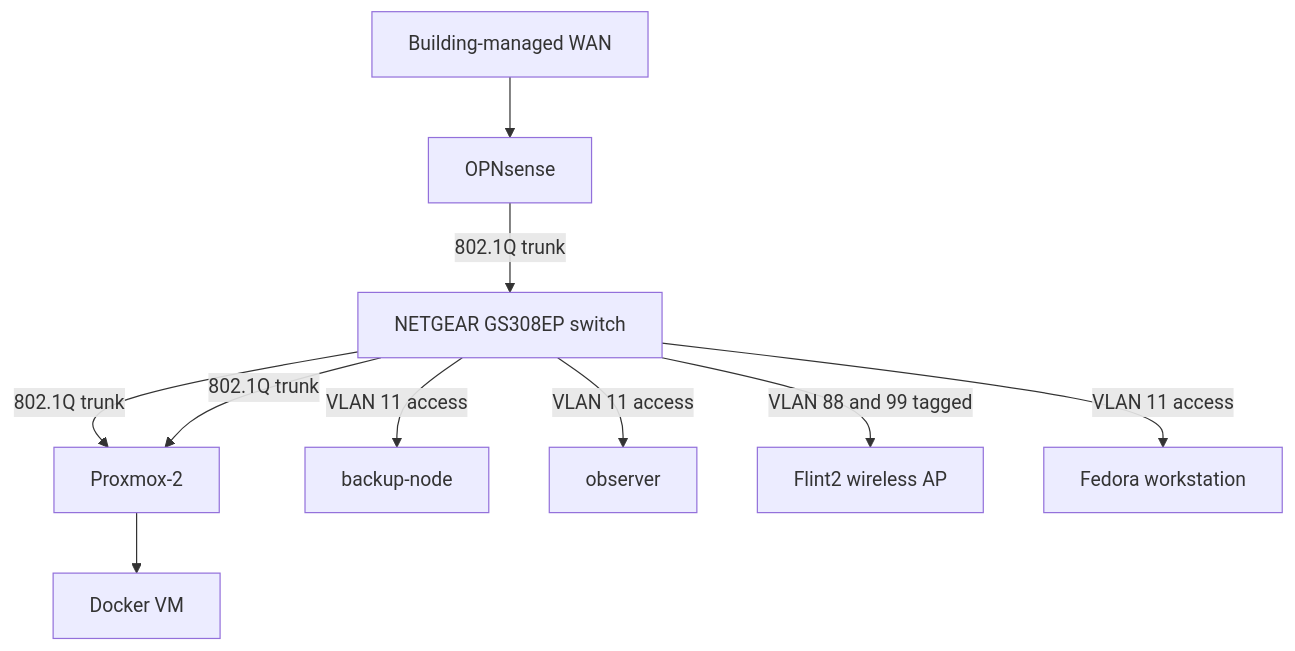
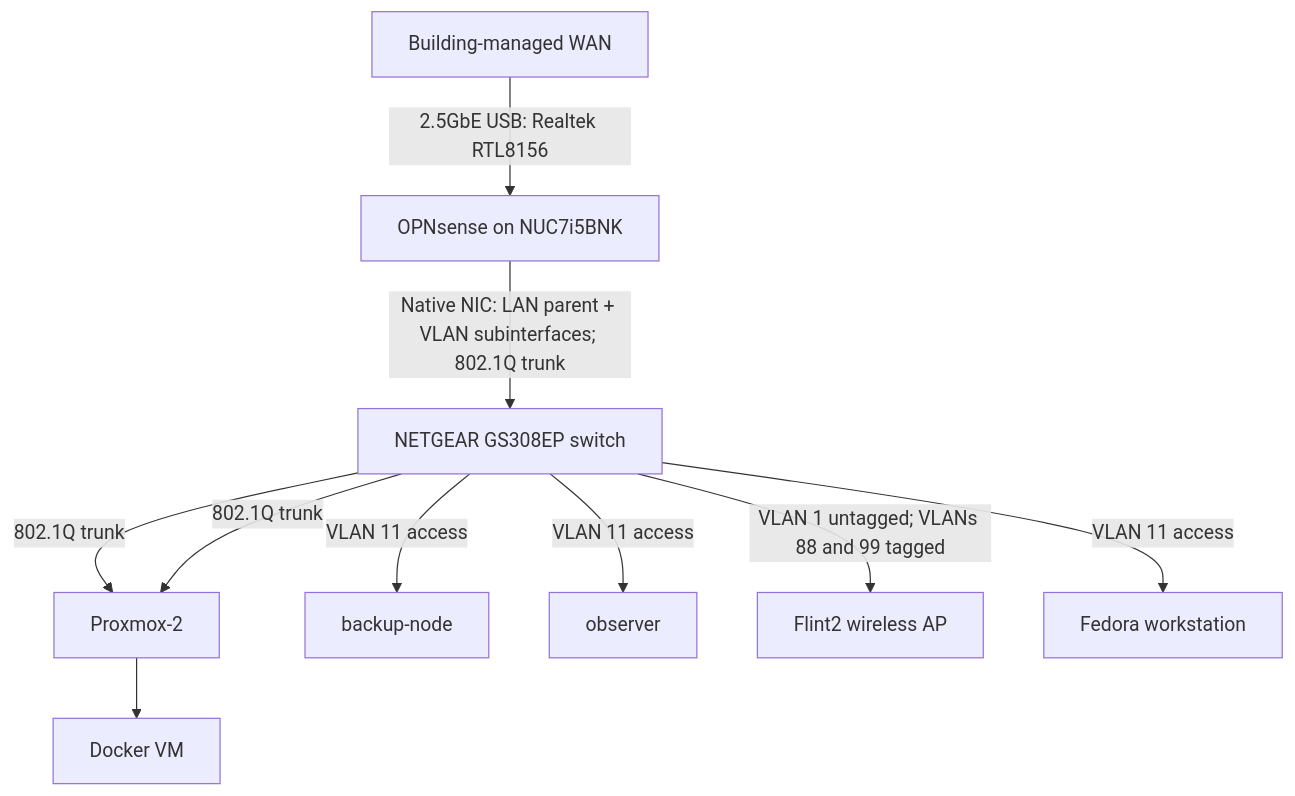
The diagram in Architecture Overview/network-topology.md (slowpoke1101/homelab), drawn with Mermaid before and after one commit. The commit also changed other lines of this file, not shown here.

````diff
--- a/Architecture Overview/network-topology.md
+++ b/Architecture Overview/network-topology.md
@@ -7,12 +7,12 @@
 ```mermaid
 flowchart TB
-    WAN[Building-managed WAN] --> FW[OPNsense]
-    FW -->|802.1Q trunk| SW[NETGEAR GS308EP switch]
+    WAN[Building-managed WAN] -->|2.5GbE USB: Realtek RTL8156| FW[OPNsense on NUC7i5BNK]
+    FW -->|Native NIC: LAN parent + VLAN subinterfaces; 802.1Q trunk| SW[NETGEAR GS308EP switch]
     SW -->|802.1Q trunk| PVE[Proxmox-1]
     SW -->|802.1Q trunk| PVE[Proxmox-2]
     SW -->|VLAN 11 access| Backup[backup-node]
     SW -->|VLAN 11 access| Obs[observer]
-    SW -->|VLAN 88 and 99 tagged| AP[Flint2 wireless AP]
+    SW -->|VLAN 1 untagged; VLANs 88 and 99 tagged| AP[Flint2 wireless AP]
     SW -->|VLAN 11 access| Admin[Fedora workstation]
     PVE --> VM[Docker VM]
 ```
````
